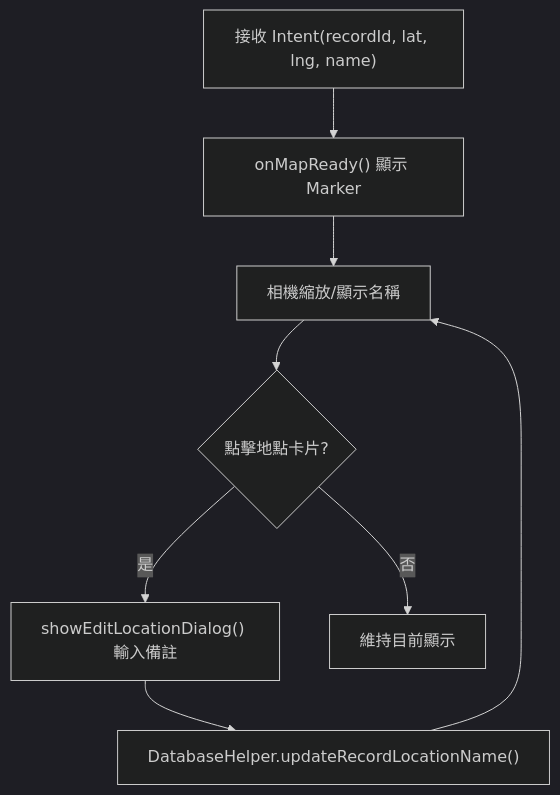
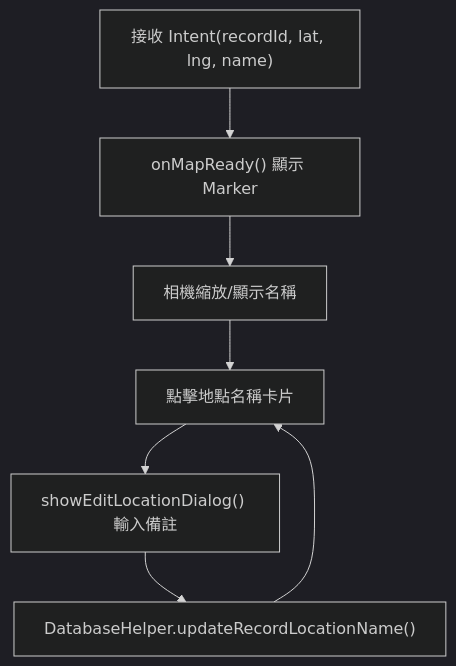
Before and after one commit to Dao-you/SimplestBookAndroid: the ninth of 26 diagrams in Grading_Criteria.md, drawn with Mermaid (dark theme). The commit also changed other lines of this file, not shown here.

````diff
--- a/Grading_Criteria.md
+++ b/Grading_Criteria.md
@@ -272,10 +270,9 @@
 ```mermaid
 flowchart TD
     A["接收 Intent(recordId, lat, lng, name)"] --> B["onMapReady() 顯示 Marker"]
     B --> C["相機縮放/顯示名稱"]
-    C --> D{"點擊地點卡片?"}
-    D -->|"是"| E["showEditLocationDialog() 輸入備註"]
+    C --> D["點擊地點名稱卡片"]
+    D --> E["showEditLocationDialog() 輸入備註"]
     E --> F["DatabaseHelper.updateRecordLocationName()"]
-    F --> C
-    D -->|"否"| G["維持目前顯示"]
+    F --> D
 ```
````
